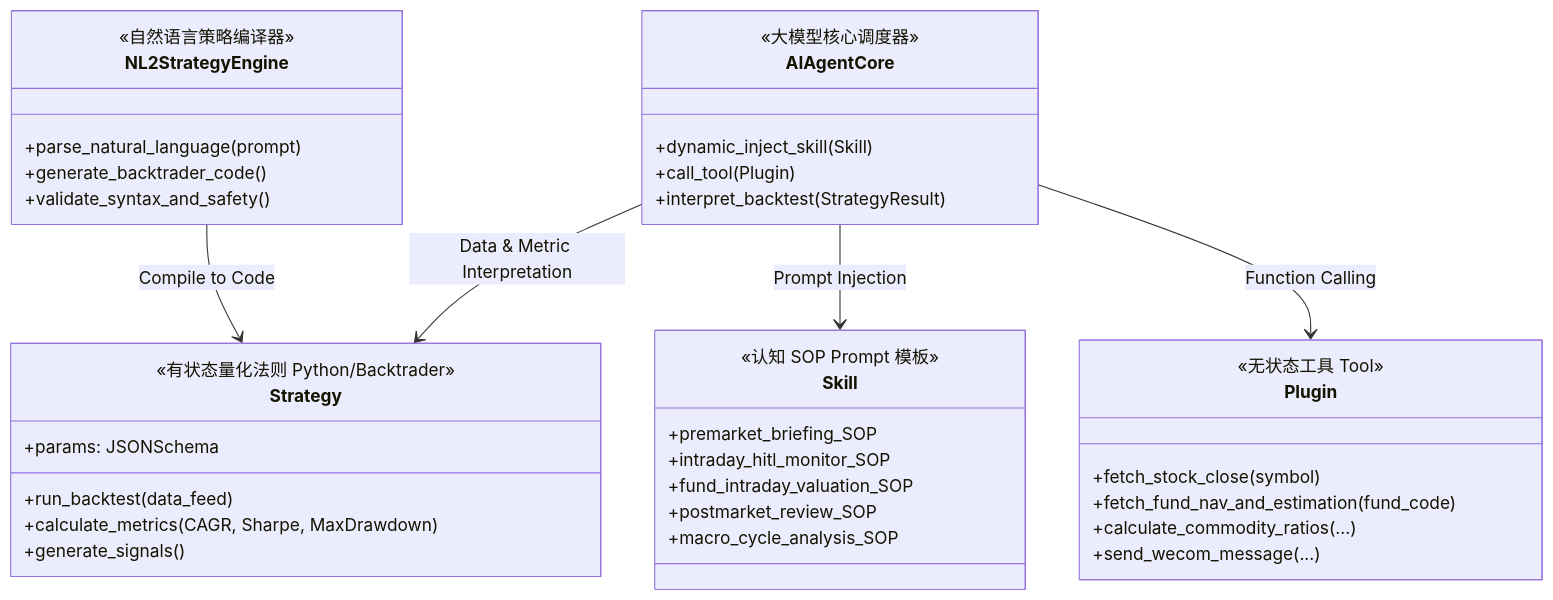
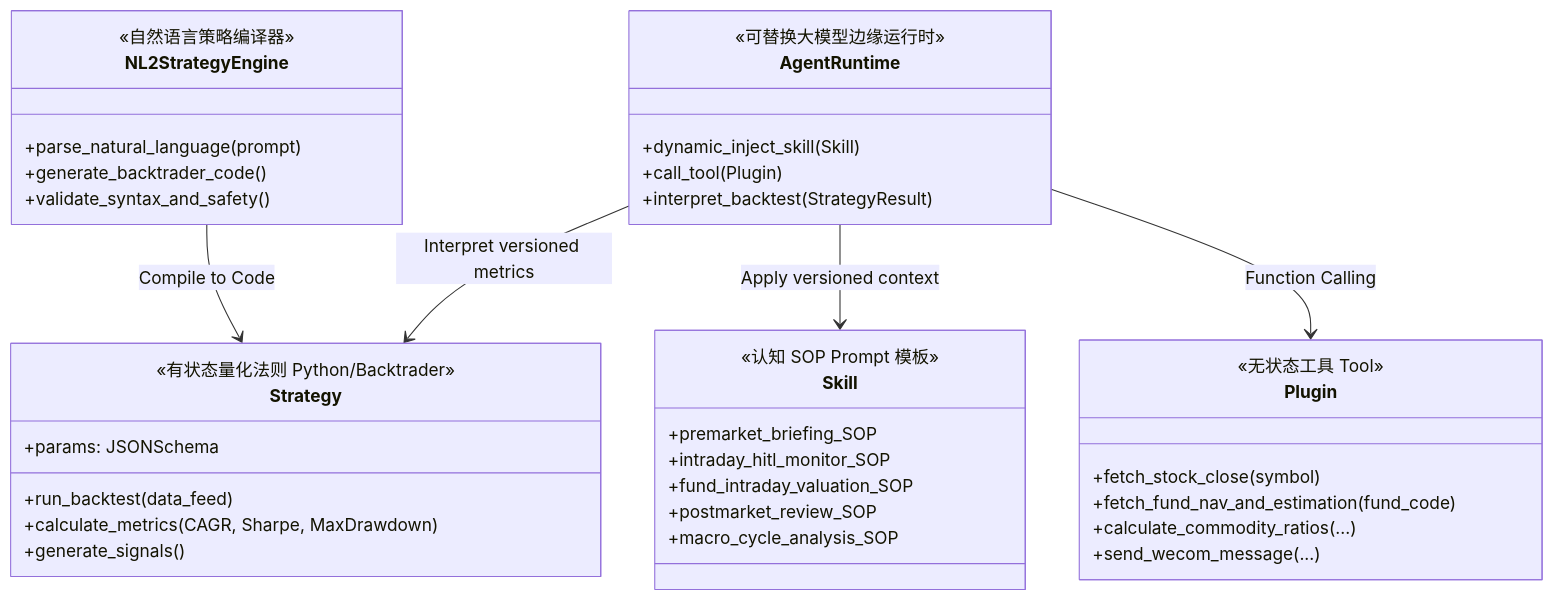
One commit to sinojelly/wealthsail changed the sixth of 7 diagrams in docs/01.WealthSail投研平台需求文档.md. Above: the diagram before and after it, drawn with Mermaid. The commit also changed other lines of this file and 30 other files, not shown here.

First line of the commit message:
docs: align restored WealthSail detail with phased architecture

````diff
--- a/docs/01.WealthSail投研平台需求文档.md
+++ b/docs/01.WealthSail投研平台需求文档.md
@@ -442,41 +469,41 @@
 ```mermaid
 classDiagram
     class Plugin {
         <<无状态工具 Tool>>
         +fetch_stock_close(symbol)
         +fetch_fund_nav_and_estimation(fund_code)
         +calculate_commodity_ratios(...)
         +send_wecom_message(...)
     }
     class Skill {
         <<认知 SOP Prompt 模板>>
         +premarket_briefing_SOP
         +intraday_hitl_monitor_SOP
         +fund_intraday_valuation_SOP
         +postmarket_review_SOP
         +macro_cycle_analysis_SOP
     }
     class Strategy {
         <<有状态量化法则 Python/Backtrader>>
         +params: JSONSchema
         +run_backtest(data_feed)
         +calculate_metrics(CAGR, Sharpe, MaxDrawdown)
         +generate_signals()
     }
     class NL2StrategyEngine {
         <<自然语言策略编译器>>
         +parse_natural_language(prompt)
         +generate_backtrader_code()
         +validate_syntax_and_safety()
     }
-    class AIAgentCore {
-        <<大模型核心调度器>>
+    class AgentRuntime {
+        <<可替换大模型边缘运行时>>
         +dynamic_inject_skill(Skill)
         +call_tool(Plugin)
         +interpret_backtest(StrategyResult)
     }
-    AIAgentCore --> Plugin : Function Calling
-    AIAgentCore --> Skill : Prompt Injection
-    AIAgentCore --> Strategy : Data & Metric Interpretation
+    AgentRuntime --> Plugin : Function Calling
+    AgentRuntime --> Skill : Apply versioned context
+    AgentRuntime --> Strategy : Interpret versioned metrics
     NL2StrategyEngine --> Strategy : Compile to Code
 ```
````
